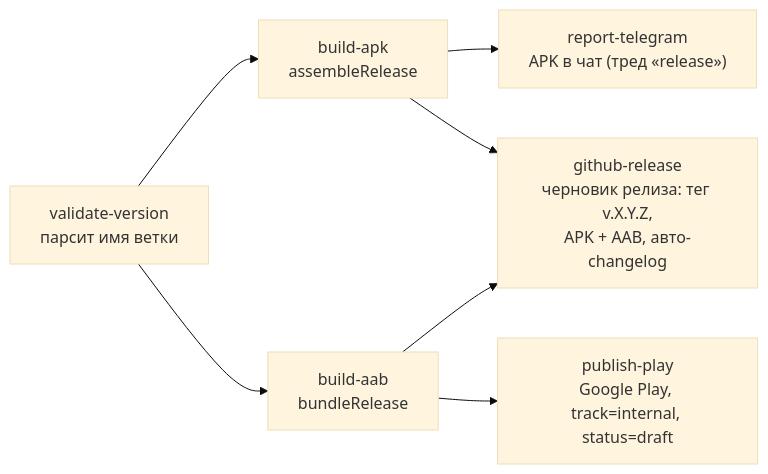
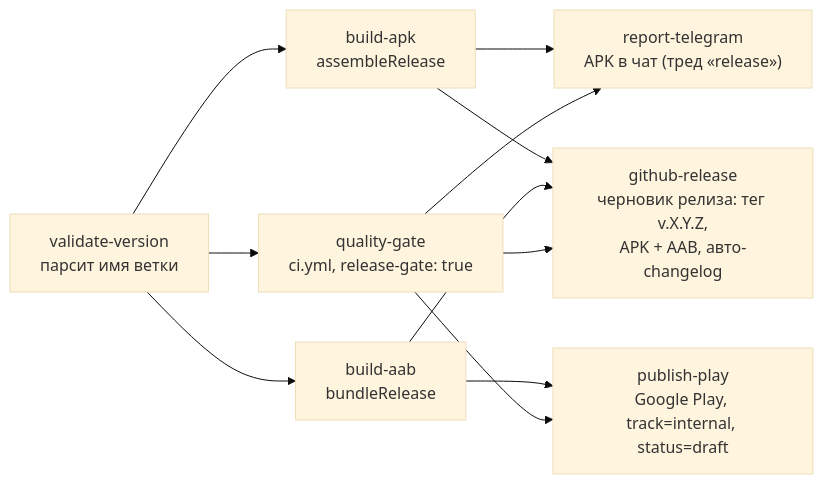
The fourth of 4 diagrams in docs/ci-cd.md (IliaVoskoboinikov/Finance-Manager), drawn with Mermaid (base theme) before and after one commit. The commit also changed other lines of this file and 3 other files, not shown here.

````diff
--- a/docs/ci-cd.md
+++ b/docs/ci-cd.md
@@ -292,9 +302,13 @@
 ```mermaid
 flowchart LR
     v["validate-version<br/>парсит имя ветки"] --> apk["build-apk<br/>assembleRelease"]
     v --> aab["build-aab<br/>bundleRelease"]
+    v --> gate["quality-gate<br/>ci.yml, release-gate: true"]
     apk --> tg["report-telegram<br/>APK в чат (тред «release»)"]
     aab --> play["publish-play<br/>Google Play, track=internal, status=draft"]
     apk --> gh["github-release<br/>черновик релиза: тег v.X.Y.Z,<br/>APK + AAB, авто-changelog"]
     aab --> gh
+    gate --> tg
+    gate --> play
+    gate --> gh
 ```
````
